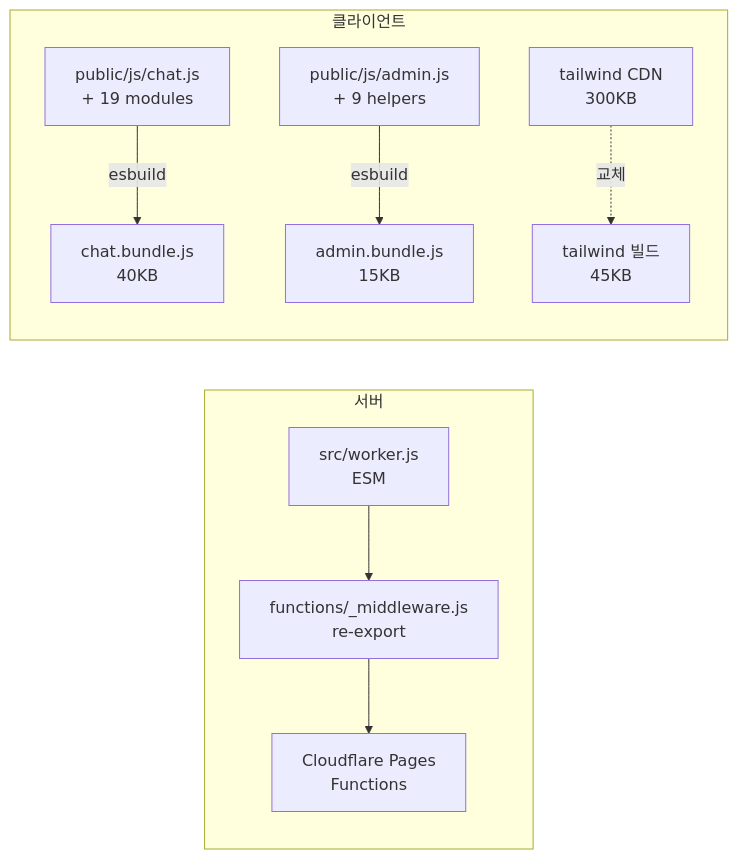
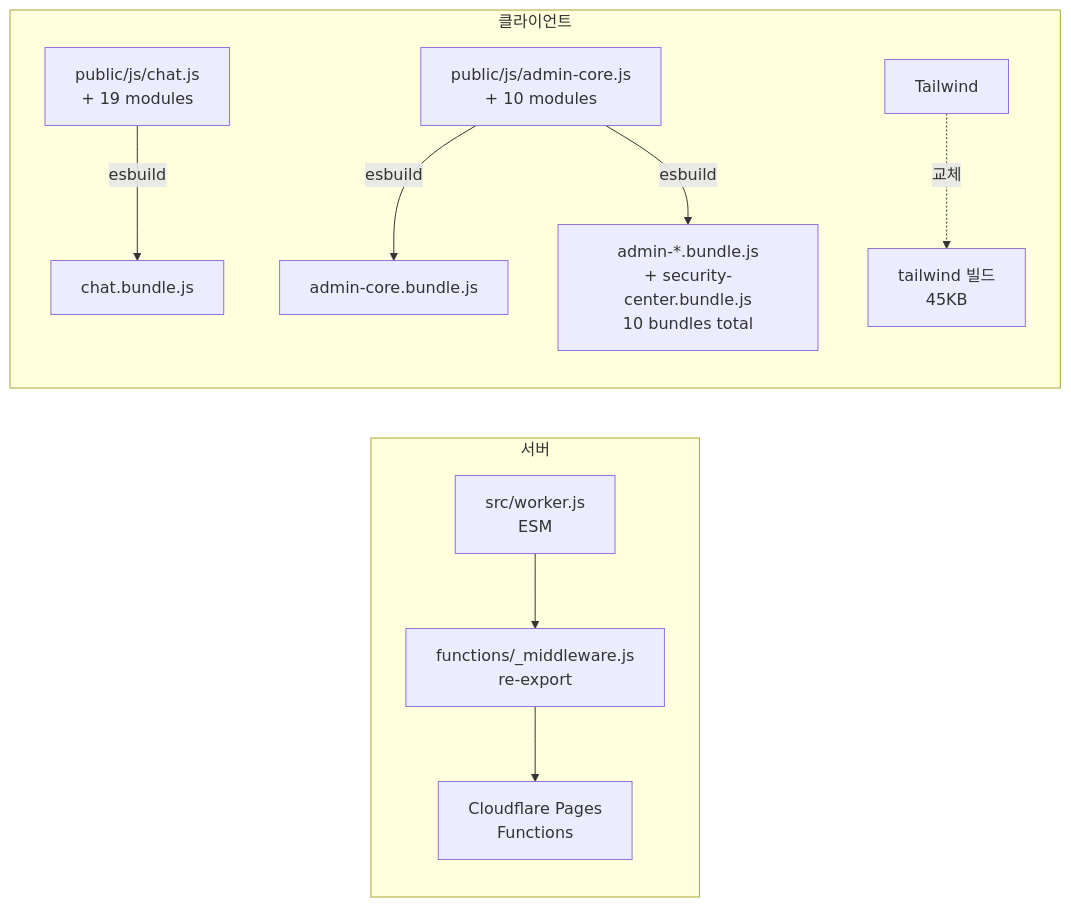
Before and after one commit to gguatit/Anonymous_Chat: the seventh of 7 diagrams in docs/ARCHITECTURE.md, drawn with Mermaid. The commit also changed other lines of this file and 4 other files, not shown here.

````diff
--- a/docs/ARCHITECTURE.md
+++ b/docs/ARCHITECTURE.md
@@ -358,20 +379,20 @@
 ```mermaid
 flowchart LR
     subgraph Server["서버"]
         Worker1[src/worker.js<br/>ESM]
         Middleware[functions/_middleware.js<br/>re-export]
         Worker1 --> Middleware
         Middleware --> Runtime[Cloudflare Pages<br/>Functions]
     end
 
     subgraph Client["클라이언트"]
         Chat[public/js/chat.js<br/>+ 19 modules]
-        Admin[public/js/admin.js<br/>+ 9 helpers]
-        Tailwind[tailwind CDN<br/>300KB]
+        Admin[public/js/admin-core.js<br/>+ 10 modules]
         TailwindB[tailwind 빌드<br/>45KB]
 
-        Chat -->|esbuild| ChatBundle[chat.bundle.js<br/>40KB]
-        Admin -->|esbuild| AdminBundle[admin.bundle.js<br/>15KB]
+        Chat -->|esbuild| ChatBundle[chat.bundle.js]
+        Admin -->|esbuild| AdminCore[admin-core.bundle.js]
+        Admin -->|esbuild| AdminPages[admin-*.bundle.js<br/>+ security-center.bundle.js<br/>10 bundles total]
         Tailwind -.->|교체| TailwindB
     end
 ```
````
